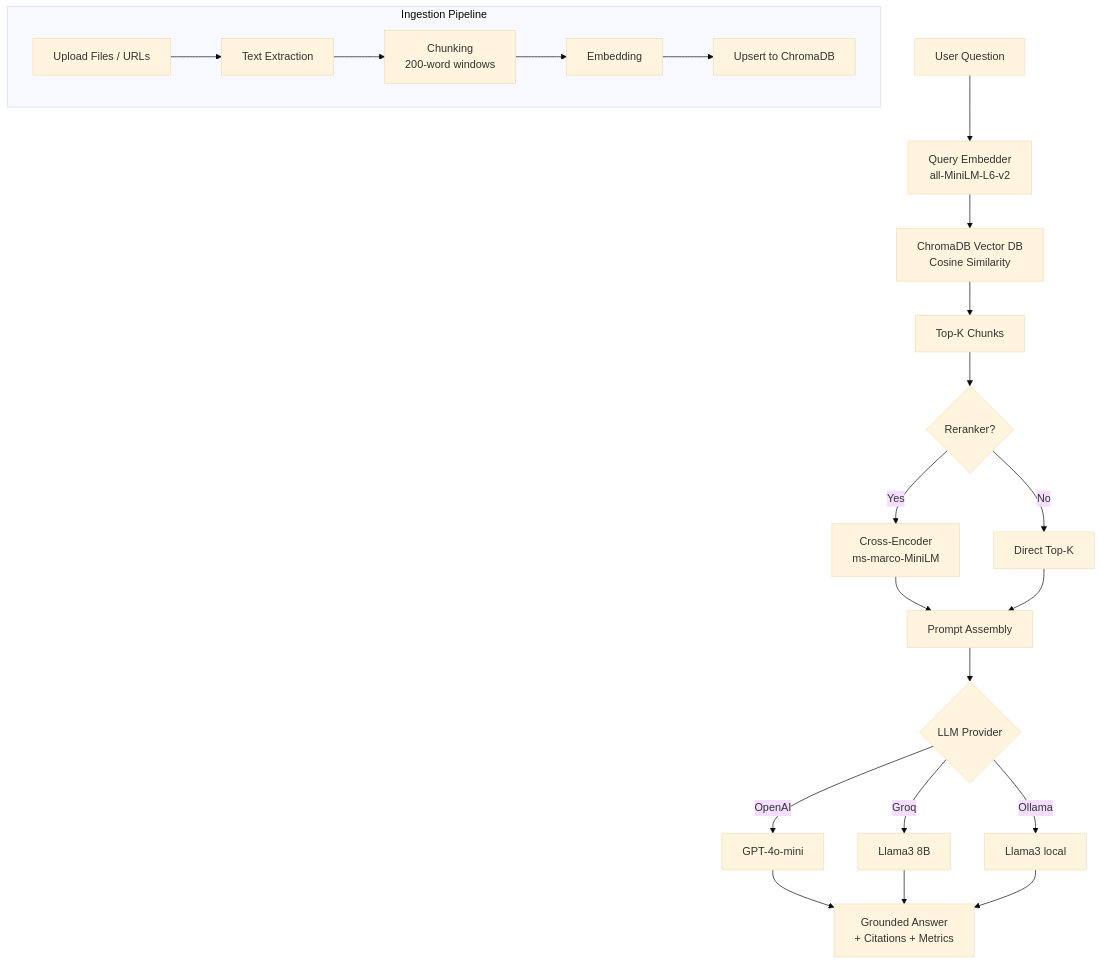
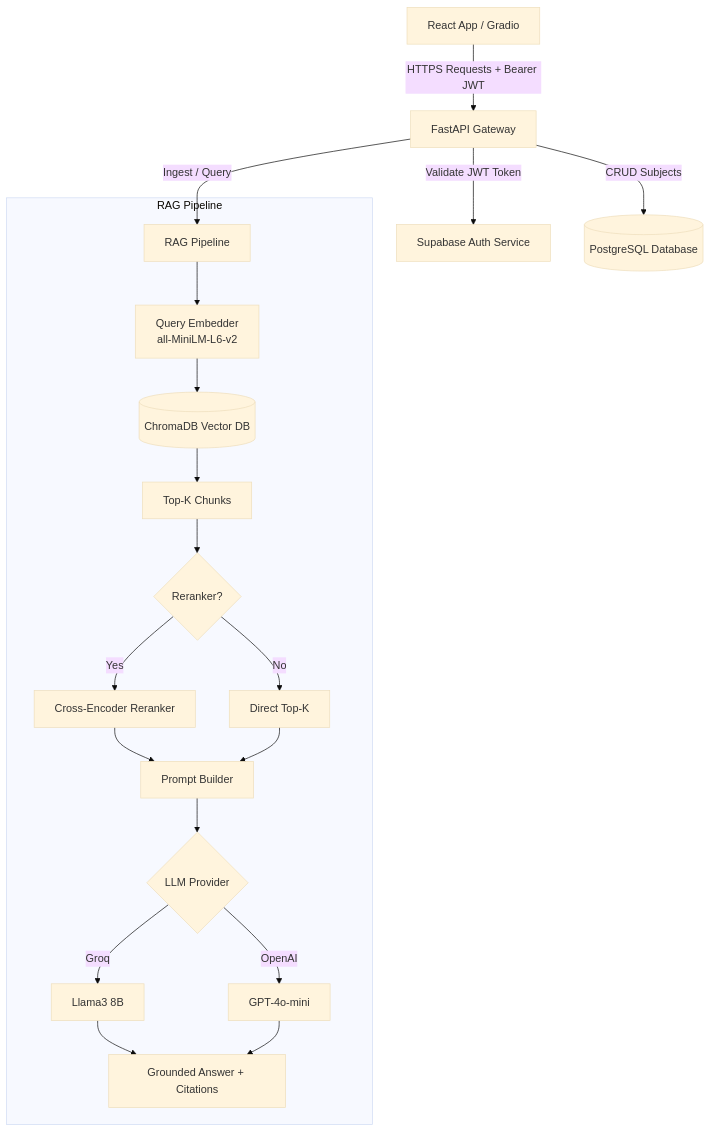
Before and after one commit to sourya-07/NoteBase: the diagram in README.md, drawn with Mermaid (base theme). The commit also changed other lines of this file, not shown here.

Commit message:
docs: update main README with FastAPI, React, Supabase auth, and production deployment guides

````diff
--- a/README.md
+++ b/README.md
@@ -177,25 +173,23 @@
 ```mermaid
 flowchart TD
-    A[User Question] --> B[Query Embedder<br/>all-MiniLM-L6-v2]
-    B --> C[ChromaDB Vector DB<br/>Cosine Similarity]
-    C --> D[Top-K Chunks]
-    D --> E{Reranker?}
-    E -->|Yes| F[Cross-Encoder<br/>ms-marco-MiniLM]
-    E -->|No| G[Direct Top-K]
-    F --> H[Prompt Assembly]
-    G --> H
-    H --> I{LLM Provider}
-    I -->|OpenAI| J[GPT-4o-mini]
-    I -->|Groq| K[Llama3 8B]
-    I -->|Ollama| L[Llama3 local]
-    J --> M[Grounded Answer<br/>+ Citations + Metrics]
-    K --> M
-    L --> M
+    A[React App / Gradio] -->|HTTPS Requests + Bearer JWT| B[FastAPI Gateway]
+    B -->|Validate JWT Token| C[Supabase Auth Service]
+    B -->|CRUD Subjects| D[(PostgreSQL Database)]
+    B -->|Ingest / Query| E[RAG Pipeline]
 
-    subgraph Ingestion Pipeline
-        P[Upload Files / URLs] --> Q[Text Extraction]
-        Q --> R[Chunking<br/>200-word windows]
-        R --> S[Embedding]
-        S --> T[Upsert to ChromaDB]
+    subgraph RAG Pipeline
+        E --> F[Query Embedder<br/>all-MiniLM-L6-v2]
+        F --> G[(ChromaDB Vector DB)]
+        G --> H[Top-K Chunks]
+        H --> I{Reranker?}
+        I -->|Yes| J[Cross-Encoder Reranker]
+        I -->|No| K[Direct Top-K]
+        J --> L[Prompt Builder]
+        K --> L
+        L --> M{LLM Provider}
+        M -->|Groq| N[Llama3 8B]
+        M -->|OpenAI| O[GPT-4o-mini]
+        N --> P[Grounded Answer + Citations]
+        O --> P
     end
 ```
````
